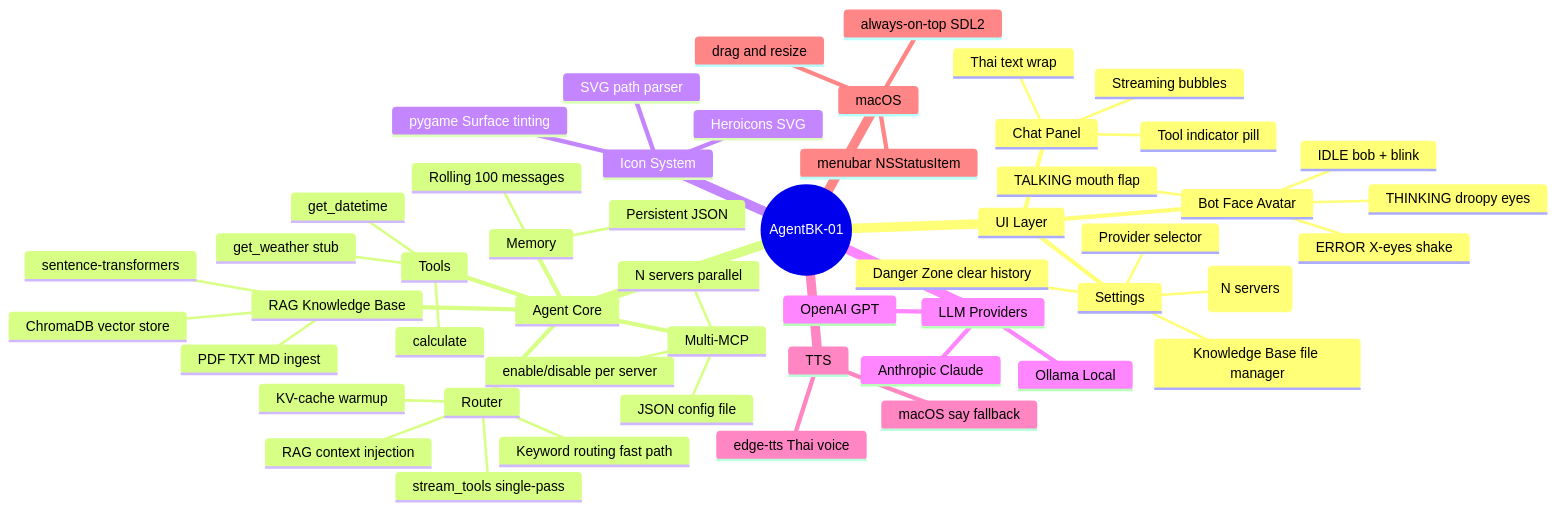
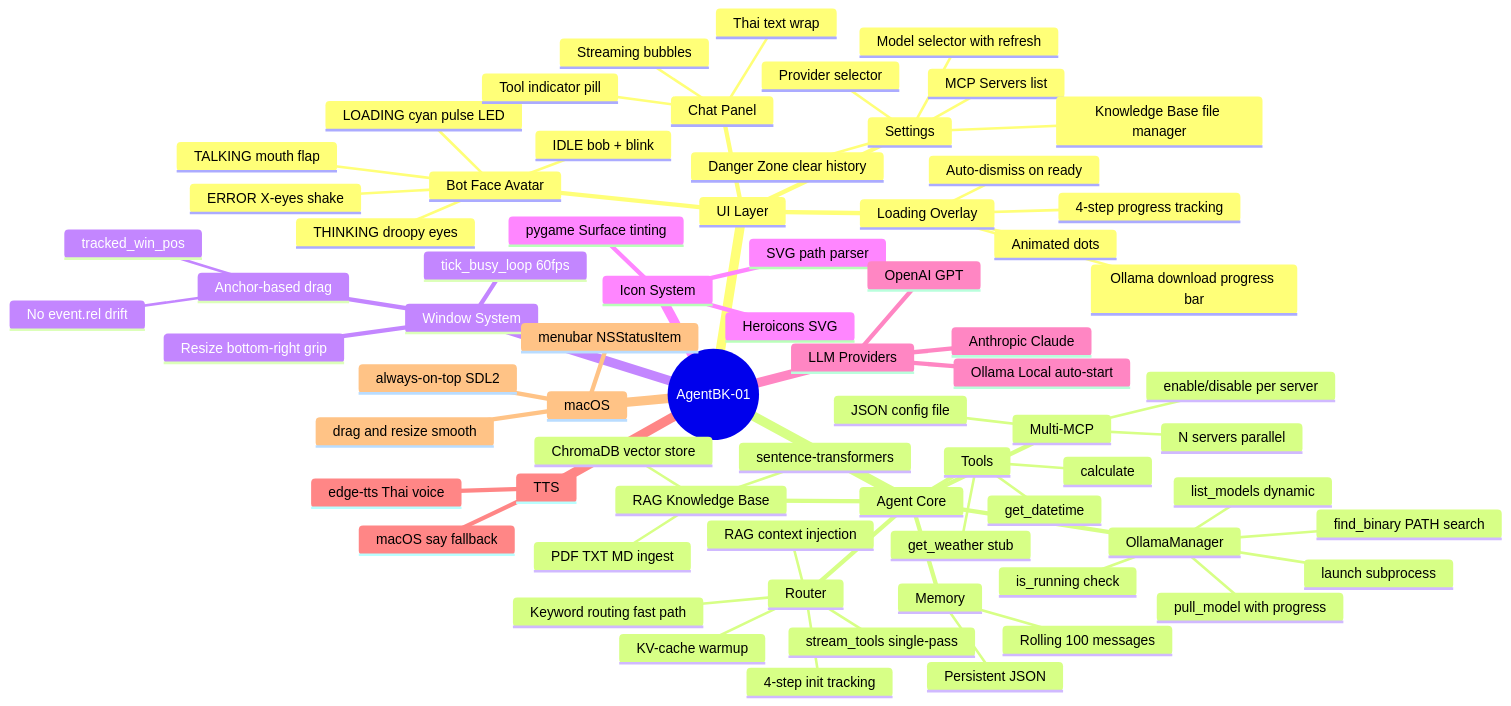
One commit to KhunKomkrit/agentbk changed the first of 3 diagrams in docs/00-index.md. Above: the diagram before and after it, drawn with Mermaid. The commit also changed other lines of this file and 12 other files, not shown here.

First line of the commit message:
feat: integrate OllamaManager for auto-start and model management

````diff
--- a/docs/00-index.md
+++ b/docs/00-index.md
@@ -23,55 +24,75 @@
 ```mermaid
 mindmap
   root((AgentBK-01))
     UI Layer
       Bot Face Avatar
         IDLE bob + blink
         THINKING droopy eyes
         TALKING mouth flap
         ERROR X-eyes shake
+        LOADING cyan pulse LED
+      Loading Overlay
+        4-step progress tracking
+        Ollama download progress bar
+        Animated dots
+        Auto-dismiss on ready
       Chat Panel
         Streaming bubbles
         Tool indicator pill
         Thai text wrap
       Settings
         Provider selector
-        MCP Servers list (N servers)
+        Model selector with refresh
+        MCP Servers list
         Knowledge Base file manager
         Danger Zone clear history
     Agent Core
       Router
         stream_tools single-pass
         Keyword routing fast path
         KV-cache warmup
         RAG context injection
+        4-step init tracking
+      OllamaManager
+        is_running check
+        find_binary PATH search
+        launch subprocess
+        list_models dynamic
+        pull_model with progress
       Memory
         Persistent JSON
         Rolling 100 messages
       Tools
         get_datetime
         calculate
         get_weather stub
       Multi-MCP
         JSON config file
         N servers parallel
         enable/disable per server
       RAG Knowledge Base
         sentence-transformers
         ChromaDB vector store
         PDF TXT MD ingest
+    Window System
+      Anchor-based drag
+        No event.rel drift
+        tracked_win_pos
+      Resize bottom-right grip
+      tick_busy_loop 60fps
     Icon System
       Heroicons SVG
       SVG path parser
       pygame Surface tinting
     LLM Providers
-      Ollama Local
+      Ollama Local auto-start
       Anthropic Claude
       OpenAI GPT
     TTS
       edge-tts Thai voice
       macOS say fallback
     macOS
       menubar NSStatusItem
       always-on-top SDL2
-      drag and resize
+      drag and resize smooth
 ```
````
